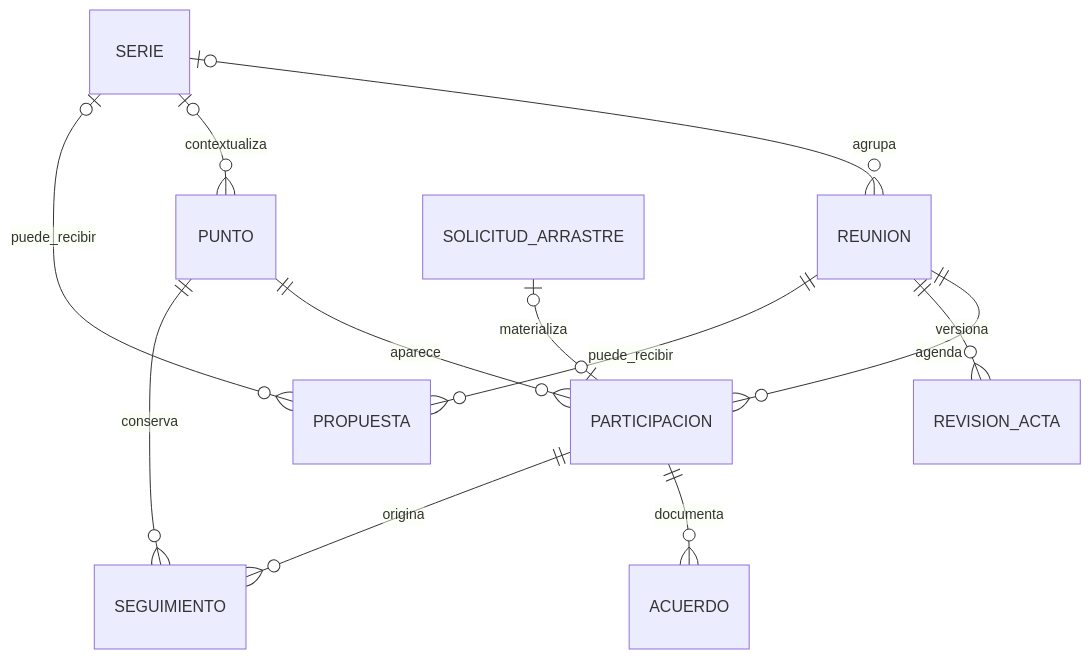
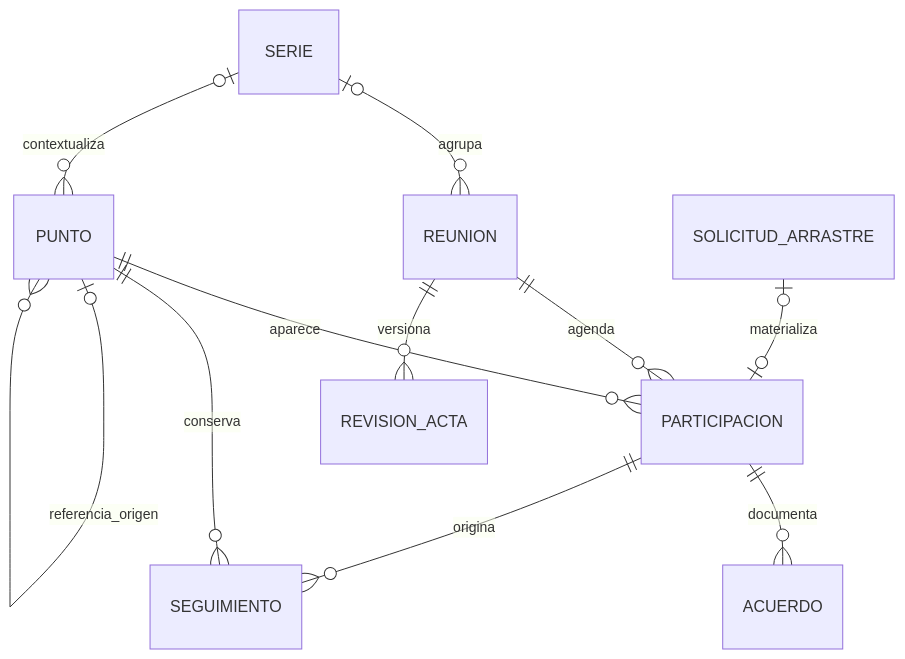
One commit to oyale/odoo-meetings-minutes changed the second of 6 diagrams in docs/MODELO_TECNICO.md. Above: the diagram before and after it, drawn with Mermaid. The commit also changed other lines of this file, not shown here.

````diff
--- a/docs/MODELO_TECNICO.md
+++ b/docs/MODELO_TECNICO.md
@@ -26,14 +26,13 @@
 ```mermaid
 erDiagram
     SERIE o|--o{ REUNION : agrupa
     SERIE o|--o{ PUNTO : contextualiza
     REUNION ||--o{ PARTICIPACION : agenda
     PUNTO ||--o{ PARTICIPACION : aparece
     PARTICIPACION ||--o{ ACUERDO : documenta
     PARTICIPACION ||--o{ SEGUIMIENTO : origina
     PUNTO ||--o{ SEGUIMIENTO : conserva
     REUNION ||--o{ REVISION_ACTA : versiona
-    REUNION ||--o{ PROPUESTA : puede_recibir
-    SERIE o|--o{ PROPUESTA : puede_recibir
+    PUNTO o|--o{ PUNTO : referencia_origen
     SOLICITUD_ARRASTRE o|--o| PARTICIPACION : materializa
 ```
````
